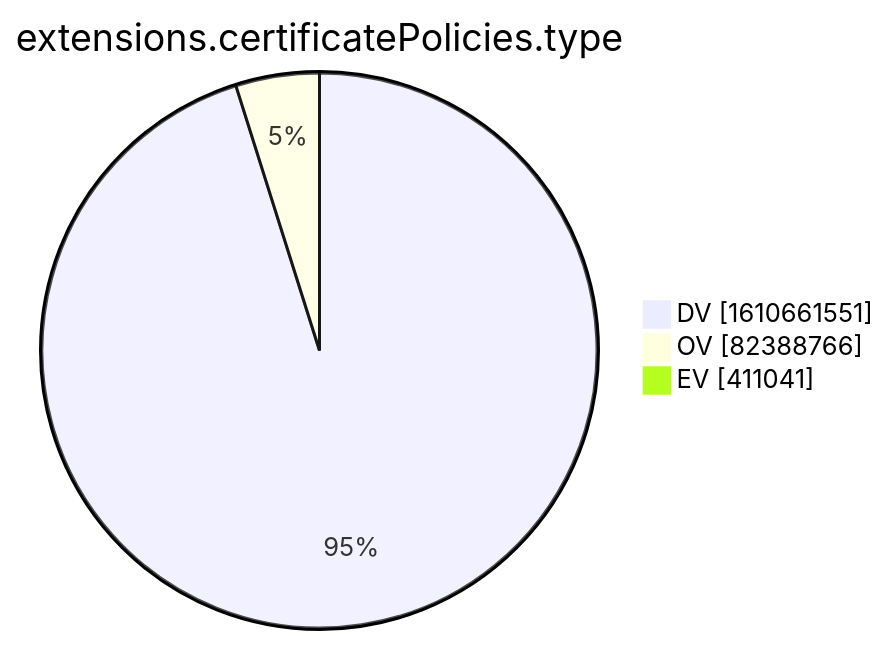
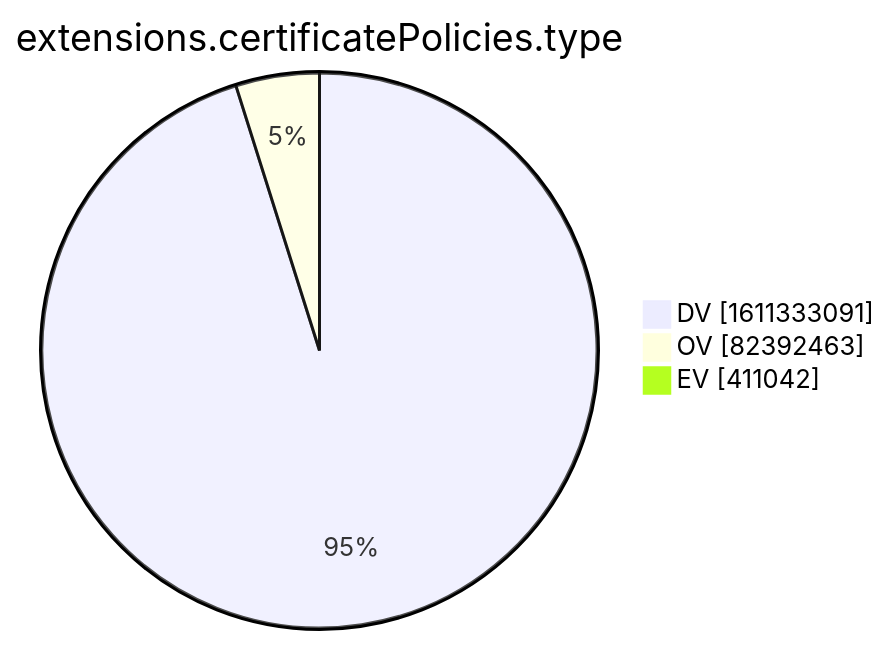
One commit to christiankrug/ctmonitor_visualization changed the tenth of 15 diagrams in xenon2022/README.md. Above: the diagram before and after it, drawn with Mermaid. The commit also changed other lines of this file, not shown here.

````diff
--- a/xenon2022/README.md
+++ b/xenon2022/README.md
@@ -2878,7 +2878,7 @@
 ```mermaid
 pie showData
 title extensions.certificatePolicies.type
-"DV" :1610661551
-"OV" :82388766
-"EV" :411041
+"DV" :1611333091
+"OV" :82392463
+"EV" :411042
 ```
````
